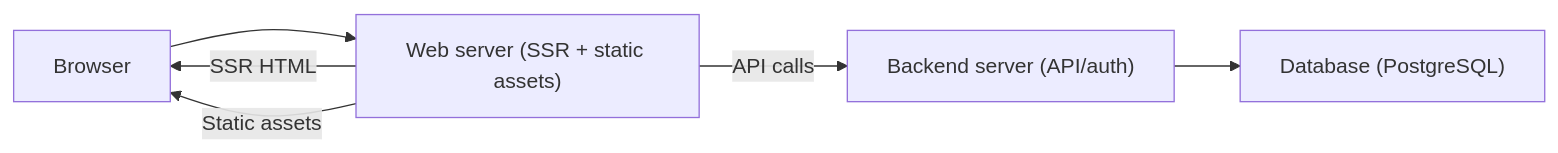
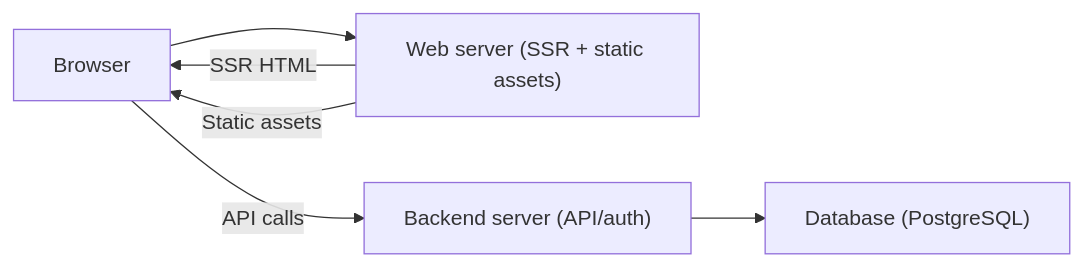
Before and after one commit to wasp-lang/wasp: the diagram in waspc/docs/design-docs/ssr.md, drawn with Mermaid. The commit also changed 1 other file, not shown here.

Commit message:
Fix SSR diagram to show browser API calls

````diff
--- a/waspc/docs/design-docs/ssr.md
+++ b/waspc/docs/design-docs/ssr.md
@@ -71,8 +71,8 @@
 ```mermaid
 flowchart LR
   User["Browser"] --> Web["Web server (SSR + static assets)"]
   Web -->|SSR HTML| User
   Web -->|Static assets| User
-  Web -->|API calls| Api["Backend server (API/auth)"]
+  User -->|API calls| Api["Backend server (API/auth)"]
   Api --> Db["Database (PostgreSQL)"]
 ```
````
